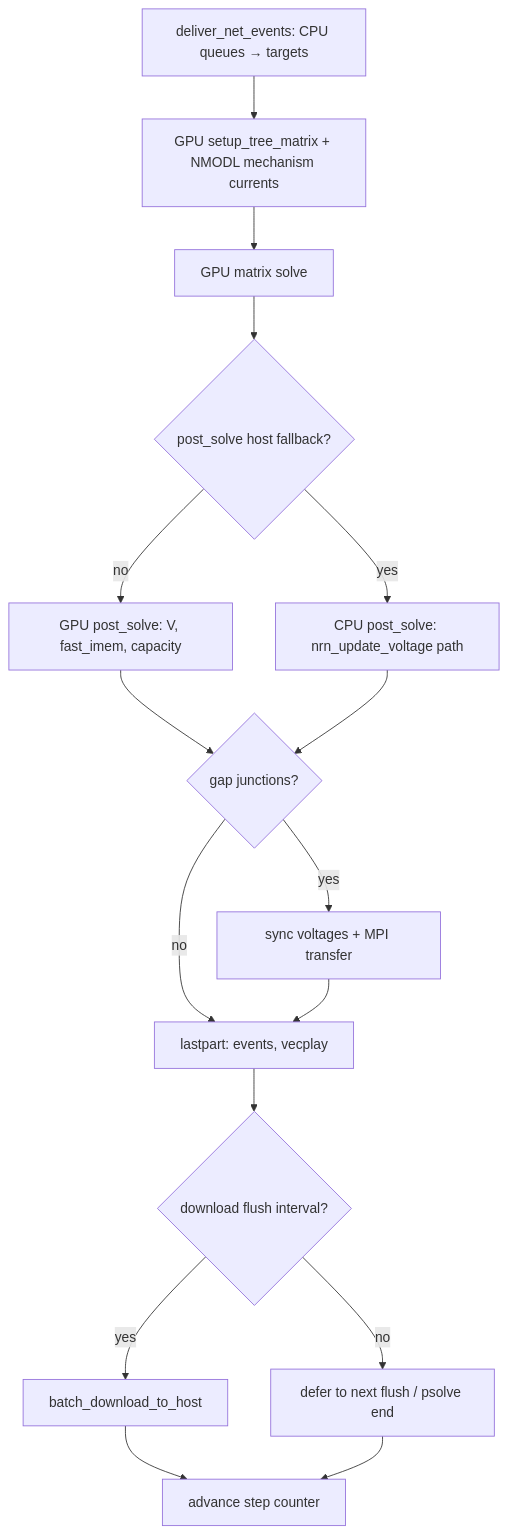
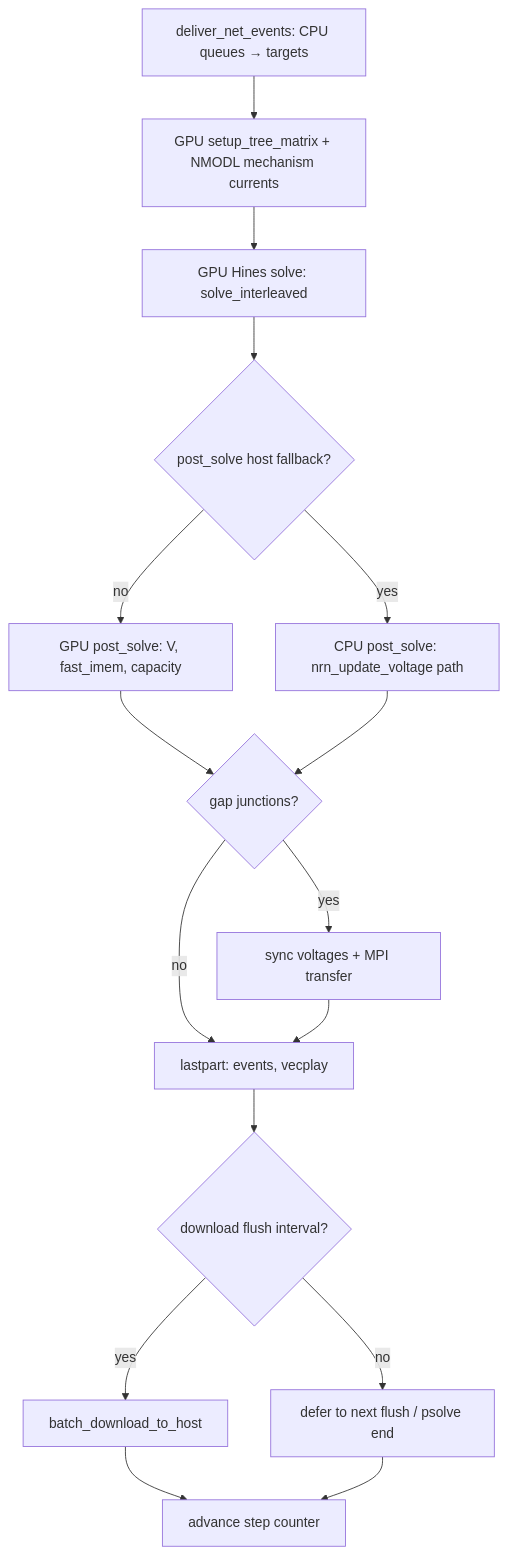
The diagram in docs/dev/native-gpu-fixed-step.rst (neuronsimulator/nrn), drawn with Mermaid before and after one commit. The commit also changed other lines of this file and 2 other files, not shown here.

First line of the commit message:
Document sparse13/DAE as unsupported on native GPU matrix solve

```diff
--- a/docs/dev/native-gpu-fixed-step.rst
+++ b/docs/dev/native-gpu-fixed-step.rst
@@ -125,18 +129,18 @@
 .. mermaid::
 
    flowchart TD
      A[deliver_net_events: CPU queues → targets] --> B[GPU setup_tree_matrix + NMODL mechanism currents]
-     B --> C[GPU matrix solve]
+     B --> C[GPU Hines solve: solve_interleaved]
      C --> D{post_solve host fallback?}
      D -->|no| E[GPU post_solve: V, fast_imem, capacity]
      D -->|yes| F[CPU post_solve: nrn_update_voltage path]
      E --> G{gap junctions?}
      F --> G
      G -->|yes| H[sync voltages + MPI transfer]
      G -->|no| I[lastpart: events, vecplay]
      H --> I
      I --> J{download flush interval?}
      J -->|yes| K[batch_download_to_host]
      J -->|no| L[defer to next flush / psolve end]
      K --> M[advance step counter]
      L --> M
```
